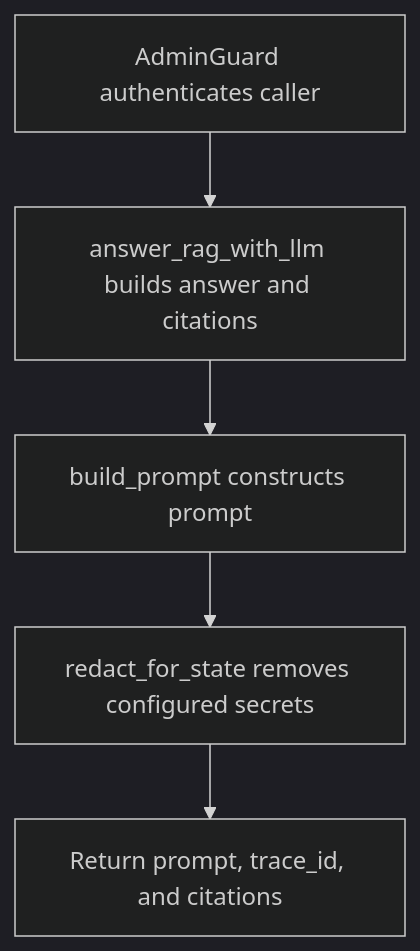
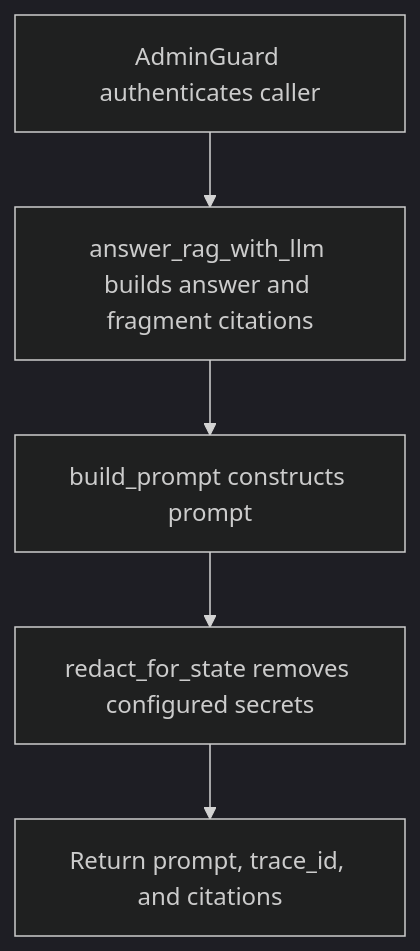
One commit to dickwu/nowledge changed the diagram in doc/api/post_v1_debug_prompt_preview.md. Above: the diagram before and after it, drawn with Mermaid (dark theme). The commit also changed other lines of this file and 31 other files, not shown here.

````diff
--- a/doc/api/post_v1_debug_prompt_preview.md
+++ b/doc/api/post_v1_debug_prompt_preview.md
@@ -41,12 +44,12 @@
 ```mermaid
 flowchart TD
   n0["AdminGuard authenticates caller"]
-  n1["answer_rag_with_llm builds answer and citations"]
+  n1["answer_rag_with_llm builds answer and fragment citations"]
   n2["build_prompt constructs prompt"]
   n3["redact_for_state removes configured secrets"]
   n4["Return prompt, trace_id, and citations"]
   n0 --> n1
   n1 --> n2
   n2 --> n3
   n3 --> n4
 ```
````
